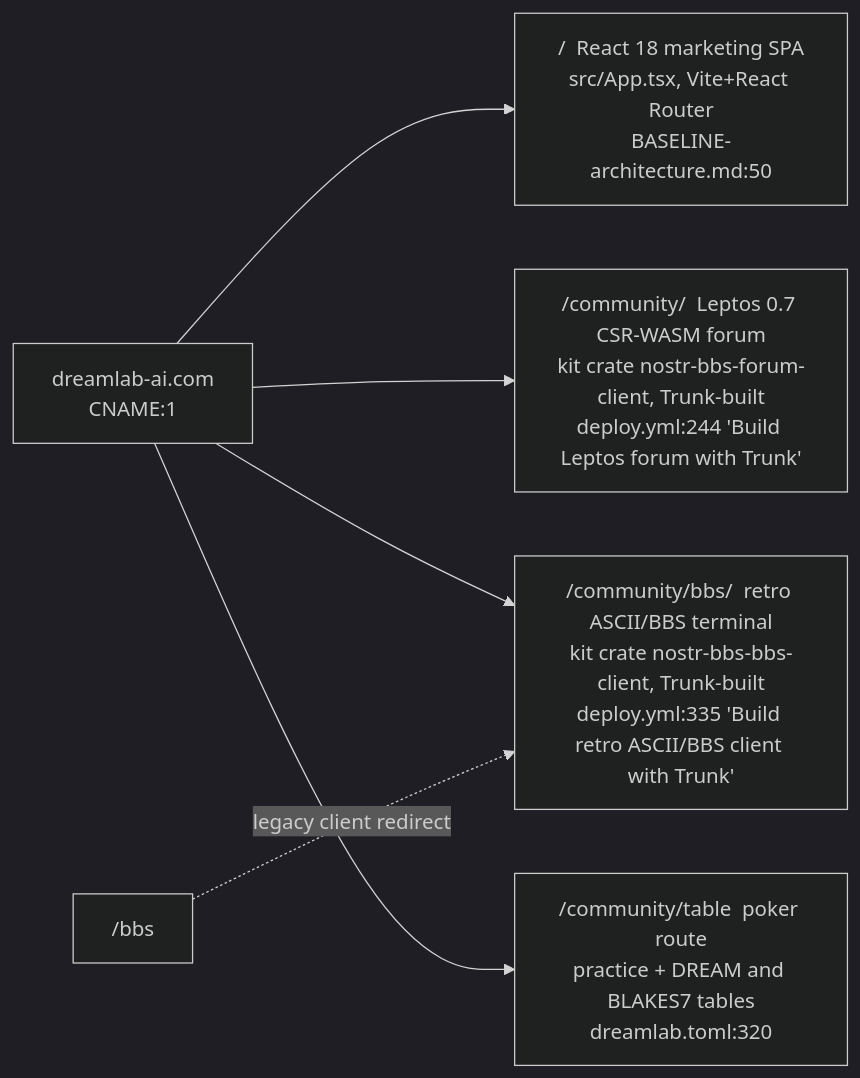
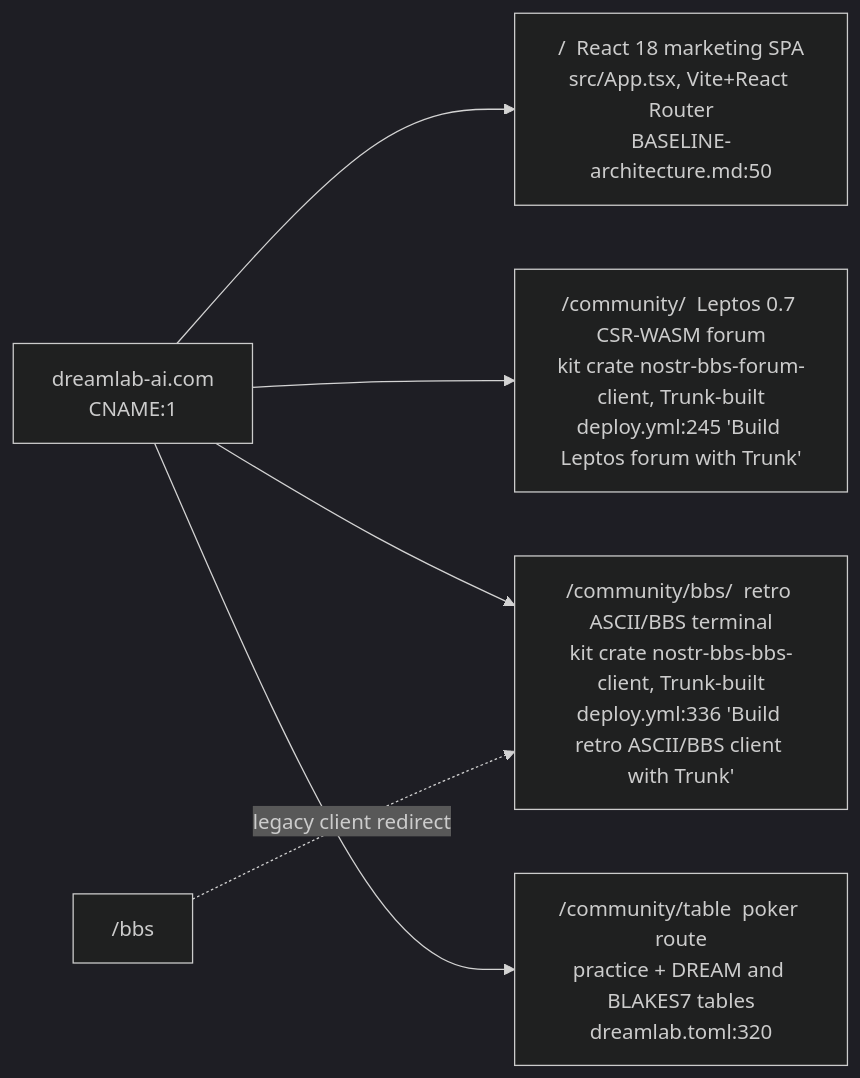
The second of 7 diagrams in docs/diagrams/dreamlab-ai-website/01-repo-composition-and-deploy-topology.md (DreamLab-AI/VisionFlow), drawn with Mermaid (dark theme) before and after one commit. The commit also changed other lines of this file and 8 other files, not shown here.

First line of the commit message:
diagrams(dreamlab-ai-website): re-verify DW-01..08 and DW-10 at e255b2b

````diff
--- a/docs/diagrams/dreamlab-ai-website/01-repo-composition-and-deploy-topology.md
+++ b/docs/diagrams/dreamlab-ai-website/01-repo-composition-and-deploy-topology.md
@@ -40,8 +40,8 @@
 ```mermaid
 flowchart LR
     ORIGIN["dreamlab-ai.com<br/>CNAME:1"] --> ROOT["/  React 18 marketing SPA<br/>src/App.tsx, Vite+React Router<br/>BASELINE-architecture.md:50"]
-    ORIGIN --> COMM["/community/  Leptos 0.7 CSR-WASM forum<br/>kit crate nostr-bbs-forum-client, Trunk-built<br/>deploy.yml:244 'Build Leptos forum with Trunk'"]
-    ORIGIN --> BBS["/community/bbs/  retro ASCII/BBS terminal<br/>kit crate nostr-bbs-bbs-client, Trunk-built<br/>deploy.yml:335 'Build retro ASCII/BBS client with Trunk'"]
+    ORIGIN --> COMM["/community/  Leptos 0.7 CSR-WASM forum<br/>kit crate nostr-bbs-forum-client, Trunk-built<br/>deploy.yml:245 'Build Leptos forum with Trunk'"]
+    ORIGIN --> BBS["/community/bbs/  retro ASCII/BBS terminal<br/>kit crate nostr-bbs-bbs-client, Trunk-built<br/>deploy.yml:336 'Build retro ASCII/BBS client with Trunk'"]
     ORIGIN --> TBL["/community/table  poker route<br/>practice + DREAM and BLAKES7 tables<br/>dreamlab.toml:320"]
     LEGACY["/bbs"] -. "legacy client redirect" .-> BBS
 ```
````
